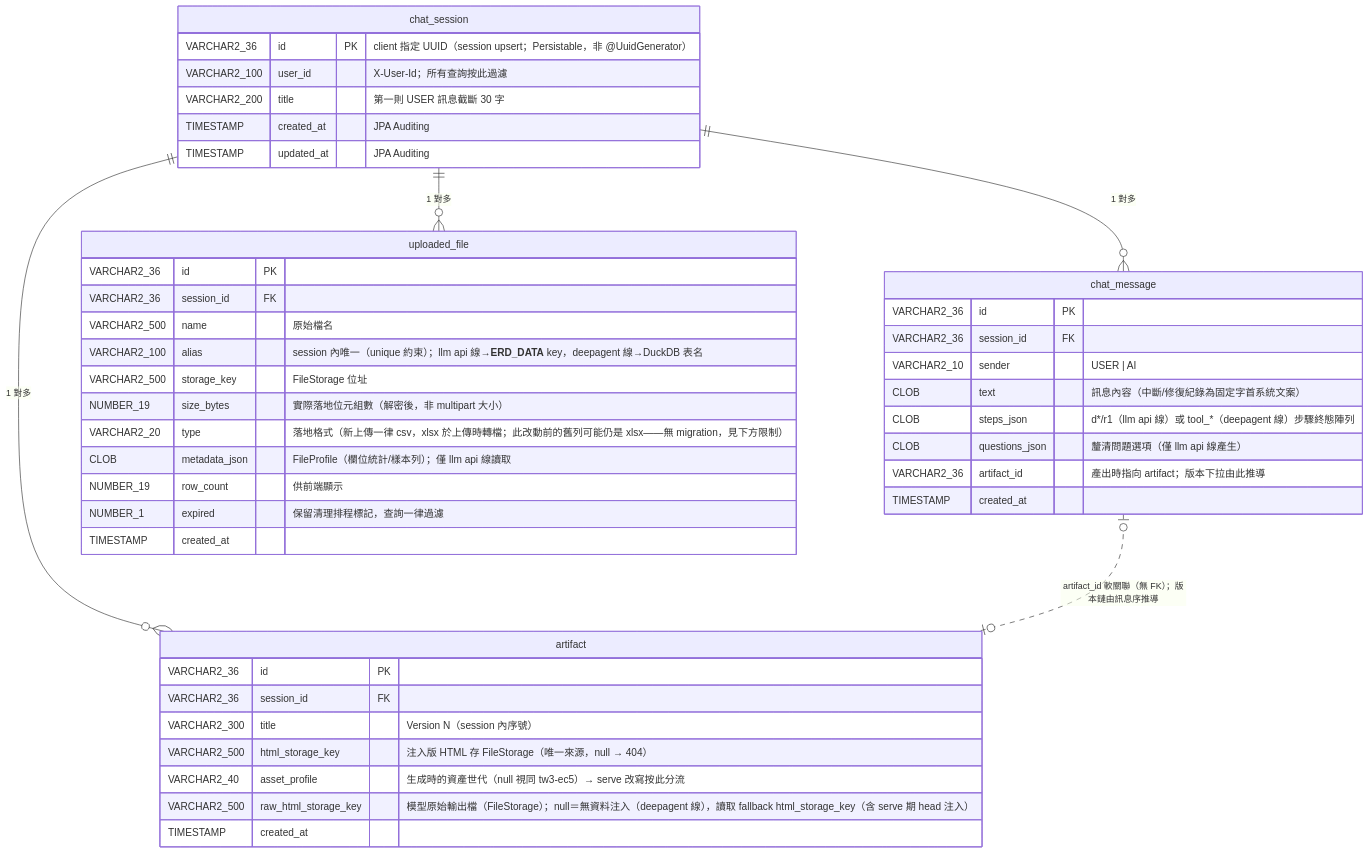
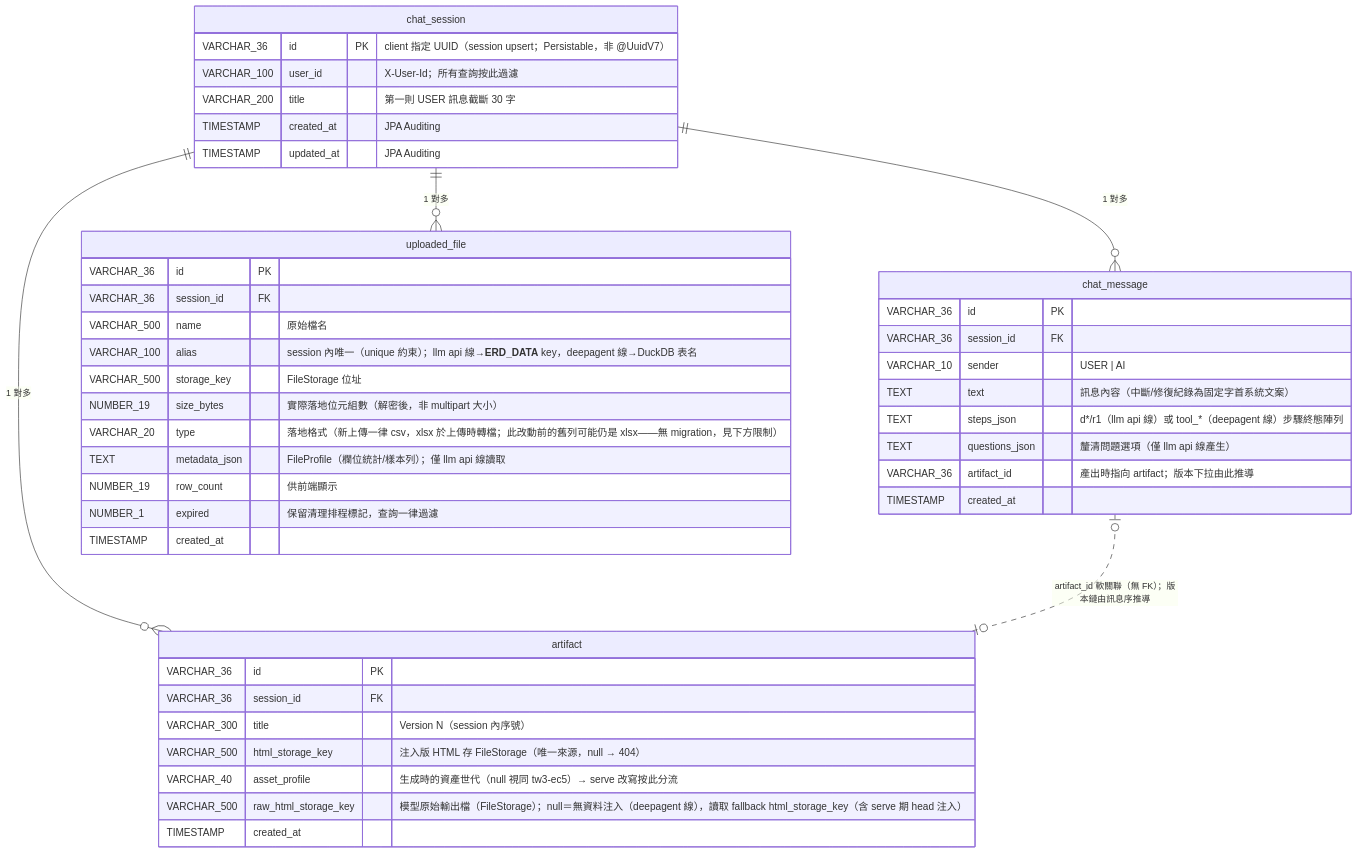
One commit to Michelle12369/cowork changed the fourth of 4 diagrams in docs/architecture.md. Above: the diagram before and after it, drawn with Mermaid. The commit also changed other lines of this file and 3 other files, not shown here.

Commit message:
feat(infra): compose oracle 換 mariadb:11.4 + README/architecture 文件同步

````diff
--- a/docs/architecture.md
+++ b/docs/architecture.md
@@ -445,47 +445,47 @@
 ```mermaid
 erDiagram
     chat_session ||--o{ chat_message : "1 對多"
     chat_session ||--o{ uploaded_file : "1 對多"
     chat_session ||--o{ artifact : "1 對多"
     chat_message |o..o| artifact : "artifact_id 軟關聯（無 FK）；版本鏈由訊息序推導"
 
     chat_session {
-        VARCHAR2_36 id PK "client 指定 UUID（session upsert；Persistable，非 @UuidGenerator）"
-        VARCHAR2_100 user_id "X-User-Id；所有查詢按此過濾"
-        VARCHAR2_200 title "第一則 USER 訊息截斷 30 字"
+        VARCHAR_36 id PK "client 指定 UUID（session upsert；Persistable，非 @UuidV7）"
+        VARCHAR_100 user_id "X-User-Id；所有查詢按此過濾"
+        VARCHAR_200 title "第一則 USER 訊息截斷 30 字"
         TIMESTAMP created_at "JPA Auditing"
         TIMESTAMP updated_at "JPA Auditing"
     }
     chat_message {
-        VARCHAR2_36 id PK
-        VARCHAR2_36 session_id FK
-        VARCHAR2_10 sender "USER | AI"
-        CLOB text "訊息內容（中斷/修復紀錄為固定字首系統文案）"
-        CLOB steps_json "d*/r1（llm api 線）或 tool_*（deepagent 線）步驟終態陣列"
-        CLOB questions_json "釐清問題選項（僅 llm api 線產生）"
-        VARCHAR2_36 artifact_id "產出時指向 artifact；版本下拉由此推導"
+        VARCHAR_36 id PK
+        VARCHAR_36 session_id FK
+        VARCHAR_10 sender "USER | AI"
+        TEXT text "訊息內容（中斷/修復紀錄為固定字首系統文案）"
+        TEXT steps_json "d*/r1（llm api 線）或 tool_*（deepagent 線）步驟終態陣列"
+        TEXT questions_json "釐清問題選項（僅 llm api 線產生）"
+        VARCHAR_36 artifact_id "產出時指向 artifact；版本下拉由此推導"
         TIMESTAMP created_at
     }
     uploaded_file {
-        VARCHAR2_36 id PK
-        VARCHAR2_36 session_id FK
-        VARCHAR2_500 name "原始檔名"
-        VARCHAR2_100 alias "session 內唯一（unique 約束）；llm api 線→__ERD_DATA__ key，deepagent 線→DuckDB 表名"
-        VARCHAR2_500 storage_key "FileStorage 位址"
+        VARCHAR_36 id PK
+        VARCHAR_36 session_id FK
+        VARCHAR_500 name "原始檔名"
+        VARCHAR_100 alias "session 內唯一（unique 約束）；llm api 線→__ERD_DATA__ key，deepagent 線→DuckDB 表名"
+        VARCHAR_500 storage_key "FileStorage 位址"
         NUMBER_19 size_bytes "實際落地位元組數（解密後，非 multipart 大小）"
-        VARCHAR2_20 type "落地格式（新上傳一律 csv，xlsx 於上傳時轉檔；此改動前的舊列可能仍是 xlsx——無 migration，見下方限制）"
-        CLOB metadata_json "FileProfile（欄位統計/樣本列）；僅 llm api 線讀取"
+        VARCHAR_20 type "落地格式（新上傳一律 csv，xlsx 於上傳時轉檔；此改動前的舊列可能仍是 xlsx——無 migration，見下方限制）"
+        TEXT metadata_json "FileProfile（欄位統計/樣本列）；僅 llm api 線讀取"
         NUMBER_19 row_count "供前端顯示"
         NUMBER_1 expired "保留清理排程標記，查詢一律過濾"
         TIMESTAMP created_at
     }
     artifact {
-        VARCHAR2_36 id PK
-        VARCHAR2_36 session_id FK
-        VARCHAR2_300 title "Version N（session 內序號）"
-        VARCHAR2_500 html_storage_key "注入版 HTML 存 FileStorage（唯一來源，null → 404）"
-        VARCHAR2_40 asset_profile "生成時的資產世代（null 視同 tw3-ec5）→ serve 改寫按此分流"
-        VARCHAR2_500 raw_html_storage_key "模型原始輸出檔（FileStorage）；null＝無資料注入（deepagent 線），讀取 fallback html_storage_key（含 serve 期 head 注入）"
+        VARCHAR_36 id PK
+        VARCHAR_36 session_id FK
+        VARCHAR_300 title "Version N（session 內序號）"
+        VARCHAR_500 html_storage_key "注入版 HTML 存 FileStorage（唯一來源，null → 404）"
+        VARCHAR_40 asset_profile "生成時的資產世代（null 視同 tw3-ec5）→ serve 改寫按此分流"
+        VARCHAR_500 raw_html_storage_key "模型原始輸出檔（FileStorage）；null＝無資料注入（deepagent 線），讀取 fallback html_storage_key（含 serve 期 head 注入）"
         TIMESTAMP created_at
     }
 ```
````
